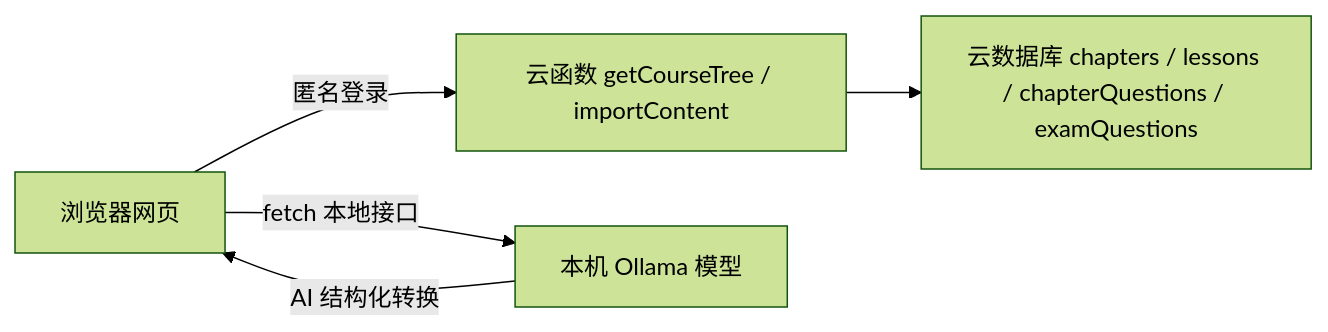
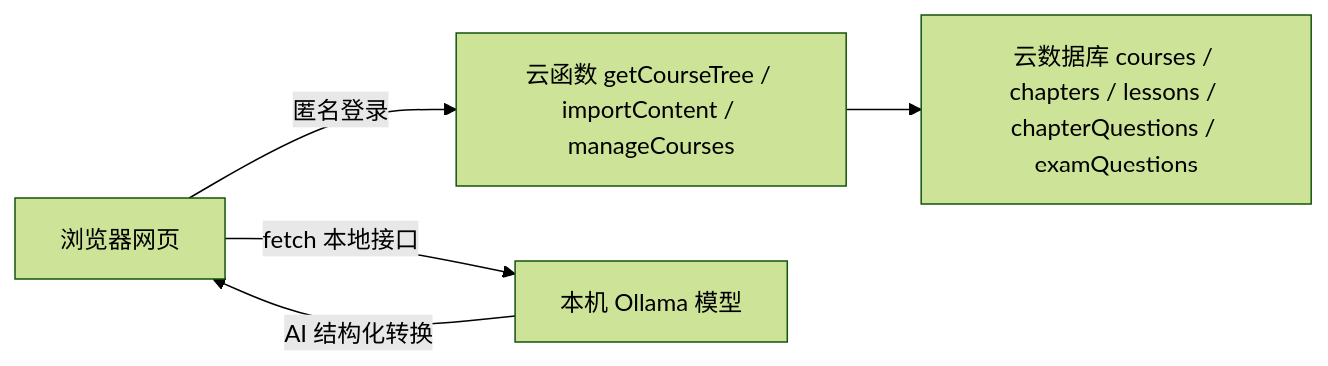
Before and after one commit to blk2002/C-for-Young-Learners: the diagram in content-workbench/DEPLOYMENT.md, drawn with Mermaid (forest theme). The commit also changed other lines of this file and 22 other files, not shown here.

````diff
--- a/content-workbench/DEPLOYMENT.md
+++ b/content-workbench/DEPLOYMENT.md
@@ -11,7 +23,7 @@
 ```mermaid
 flowchart LR
-    A[浏览器网页] -->|匿名登录| B[云函数 getCourseTree / importContent]
-    B --> C[云数据库 chapters / lessons / chapterQuestions / examQuestions]
+    A[浏览器网页] -->|匿名登录| B[云函数 getCourseTree / importContent / manageCourses]
+    B --> C[云数据库 courses / chapters / lessons / chapterQuestions / examQuestions]
     A -->|fetch 本地接口| D[本机 Ollama 模型]
     D -->|AI 结构化转换| A
 ```
````
